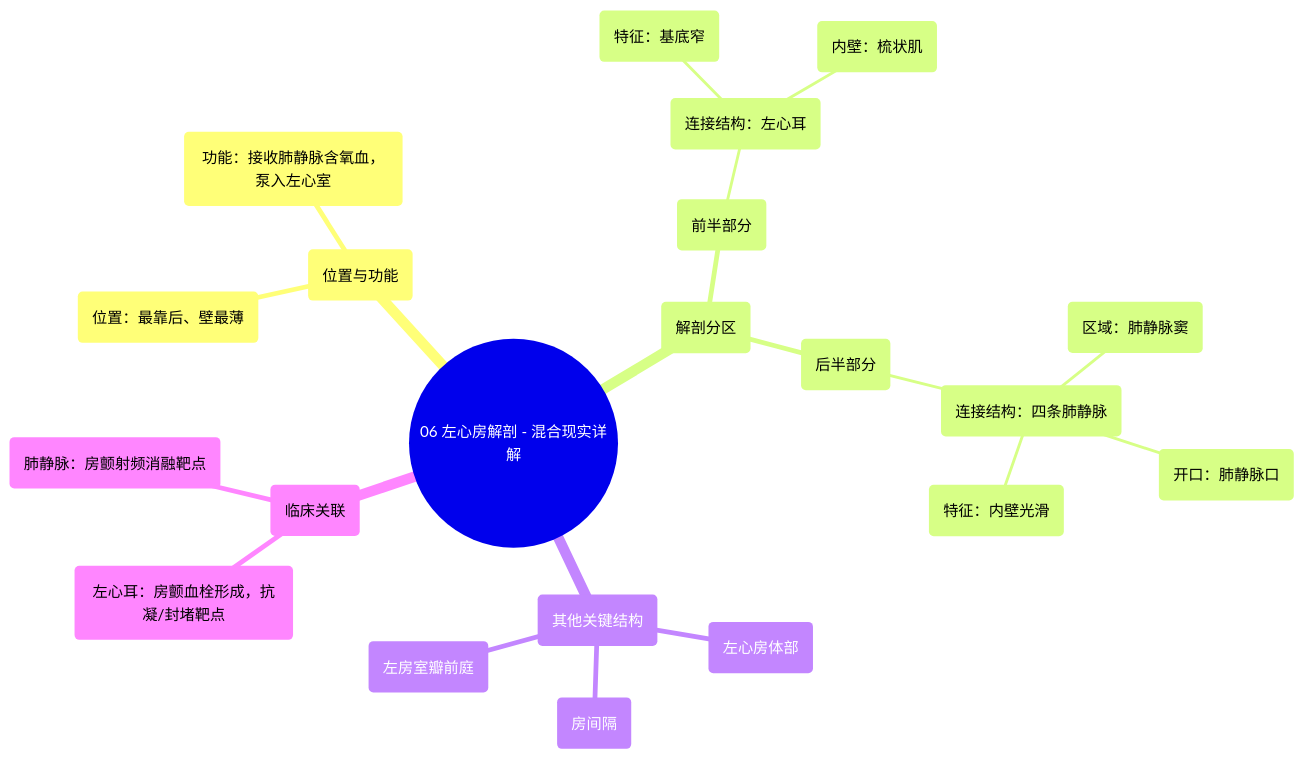
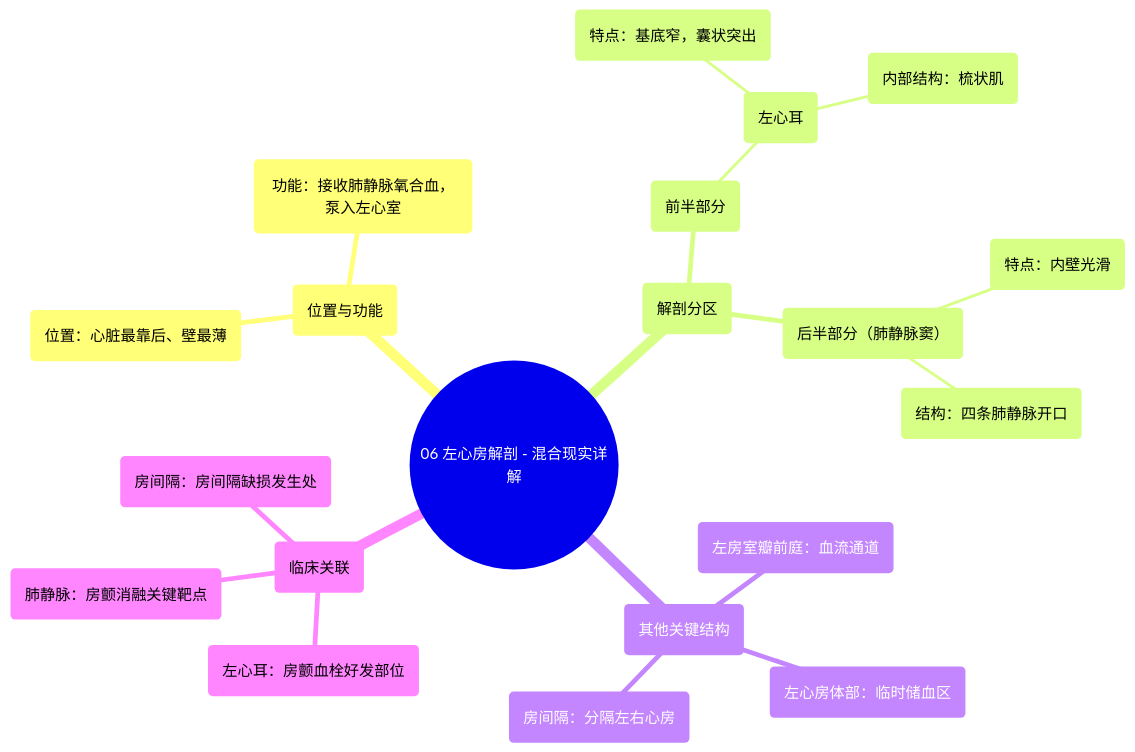
One commit to hello-47777/xinxueguan changed the diagram in docs/专辑 01：心脏解剖学实景课 (Heart Anatomy - Course)/06 Left Atrium Anatomy - Explained in Mixed Reality.md. Above: the diagram before and after it, drawn with Mermaid. The commit also changed other lines of this file and 414 other files, not shown here.

````diff
--- a/docs/专辑 01：心脏解剖学实景课 (Heart Anatomy - Course)/06 Left Atrium Anatomy - Explained in Mixed Reality.md
+++ b/docs/专辑 01：心脏解剖学实景课 (Heart Anatomy - Course)/06 Left Atrium Anatomy - Explained in Mixed Reality.md
@@ -48,24 +48,23 @@
 ```mermaid
 mindmap
   root(("06 左心房解剖 - 混合现实详解"))
     ("位置与功能")
-      ("位置：最靠后、壁最薄")
-      ("功能：接收肺静脉含氧血，泵入左心室")
+      ("位置：心脏最靠后、壁最薄")
+      ("功能：接收肺静脉氧合血，泵入左心室")
     ("解剖分区")
       ("前半部分")
-        ("连接结构：左心耳")
-          ("特征：基底窄")
-          ("内壁：梳状肌")
-      ("后半部分")
-        ("连接结构：四条肺静脉")
-          ("区域：肺静脉窦")
-          ("开口：肺静脉口")
-          ("特征：内壁光滑")
+        ("左心耳")
+          ("特点：基底窄，囊状突出")
+          ("内部结构：梳状肌")
+      ("后半部分（肺静脉窦）")
+        ("特点：内壁光滑")
+        ("结构：四条肺静脉开口")
     ("其他关键结构")
-      ("左心房体部")
-      ("左房室瓣前庭")
-      ("房间隔")
+      ("左心房体部：临时储血区")
+      ("左房室瓣前庭：血流通道")
+      ("房间隔：分隔左右心房")
     ("临床关联")
-      ("左心耳：房颤血栓形成，抗凝/封堵靶点")
-      ("肺静脉：房颤射频消融靶点")
+      ("左心耳：房颤血栓好发部位")
+      ("肺静脉：房颤消融关键靶点")
+      ("房间隔：房间隔缺损发生处")
 ```
````
